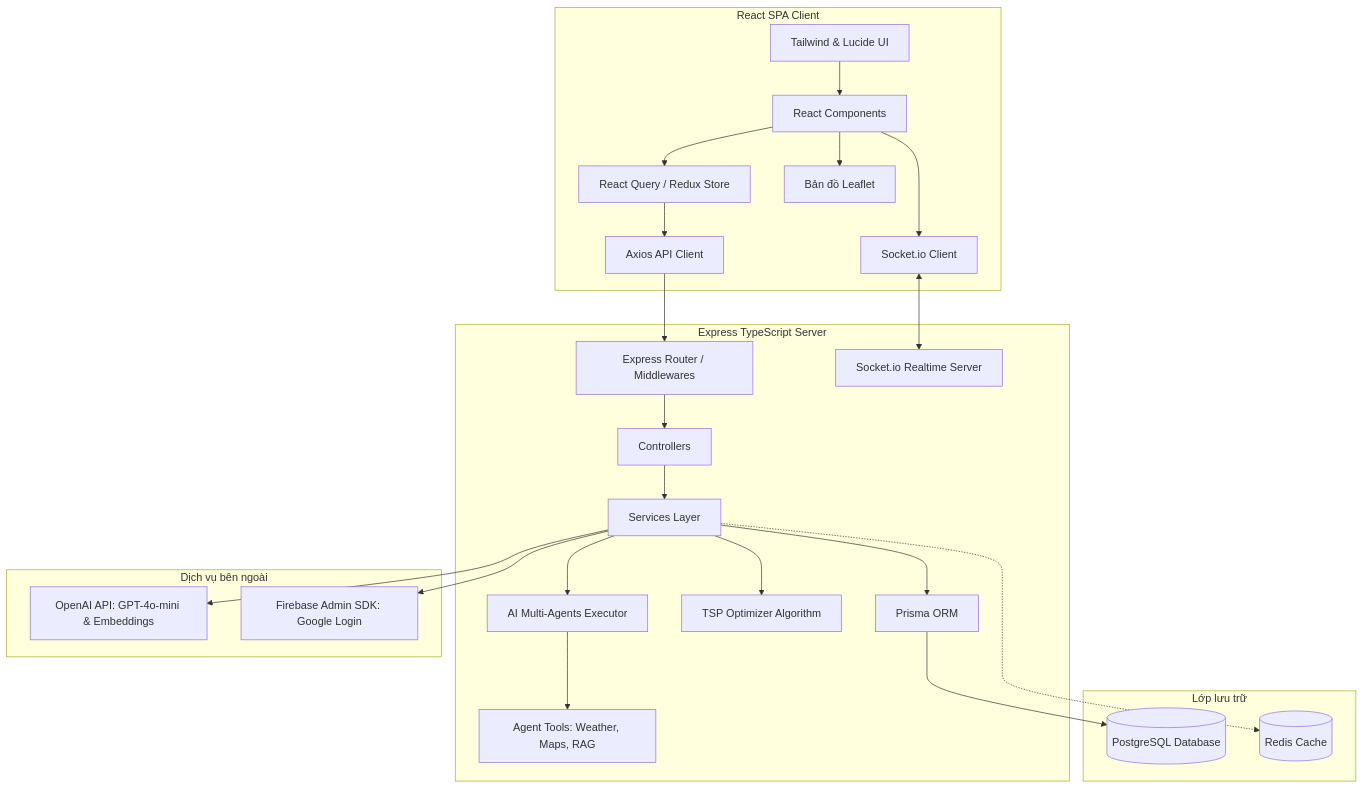
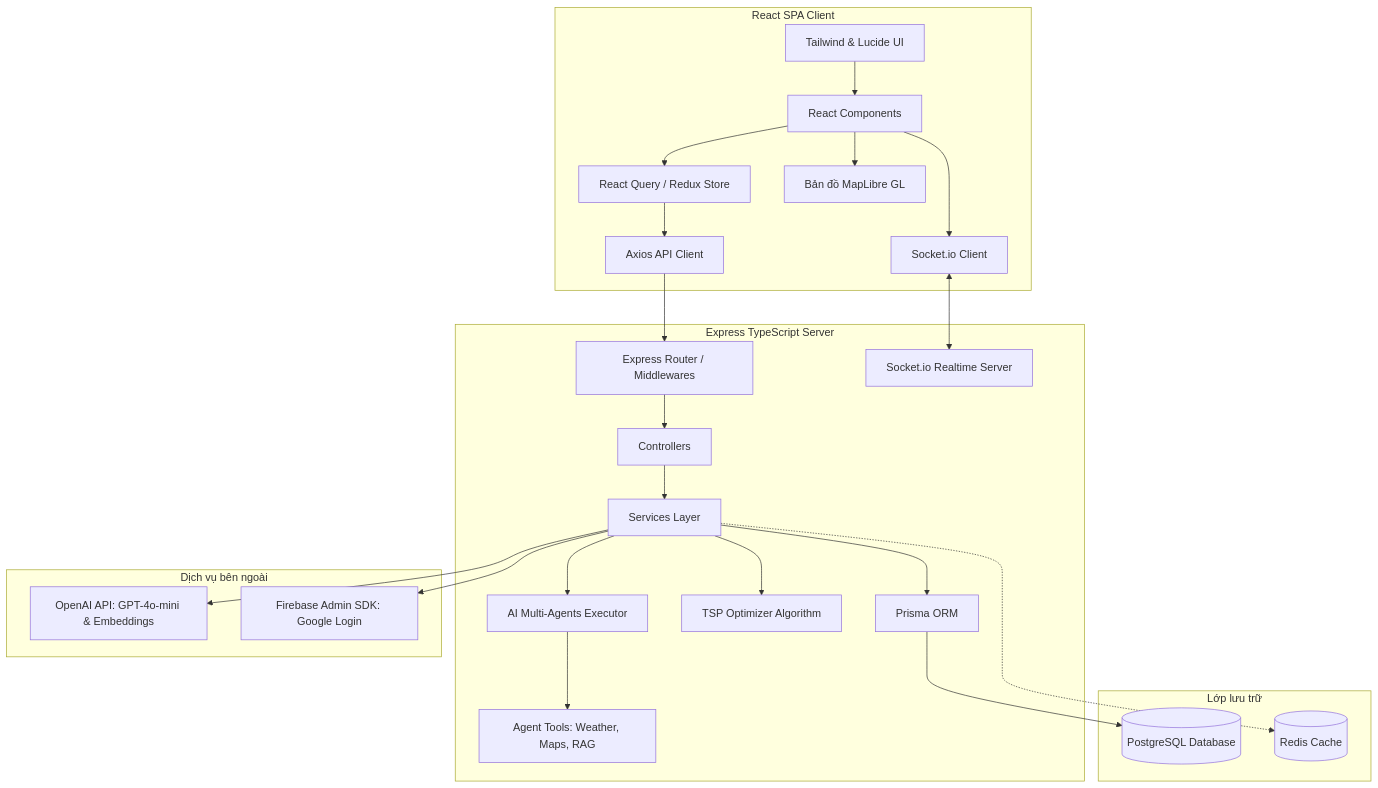
One commit to ntctuongktpm2211030-crypto/Thuc_Tap_NTD changed the diagram in README.md. Above: the diagram before and after it, drawn with Mermaid. The commit also changed other lines of this file and 98 other files, not shown here.

````diff
--- a/README.md
+++ b/README.md
@@ -29,31 +29,31 @@
 ```mermaid
 graph TD
     subgraph Frontend [React SPA Client]
         UI[Tailwind & Lucide UI] --> RC[React Components]
         RC --> RQ[React Query / Redux Store]
-        RC --> Leaflet[Bản đồ Leaflet]
+        RC --> MapLibre[Bản đồ MapLibre GL]
         RQ --> Axios[Axios API Client]
         RC --> SocketClient[Socket.io Client]
     end
 
     subgraph Backend [Express TypeScript Server]
         Axios --> Router[Express Router / Middlewares]
         Router --> Controllers[Controllers]
         Controllers --> Services[Services Layer]
         Services --> Agents[AI Multi-Agents Executor]
         Agents --> Tools[Agent Tools: Weather, Maps, RAG]
         Services --> TSP[TSP Optimizer Algorithm]
         Services --> Prisma[Prisma ORM]
         SocketClient <--> SocketServer[Socket.io Realtime Server]
     end
 
     subgraph External [Dịch vụ bên ngoài]
         Services --> OpenAI[OpenAI API: GPT-4o-mini & Embeddings]
         Services --> Firebase[Firebase Admin SDK: Google Login]
     end
 
     subgraph Database [Lớp lưu trữ]
         Prisma --> PostgreSQL[(PostgreSQL Database)]
         Services -.-> Redis[(Redis Cache)]
     end
 ```
````
